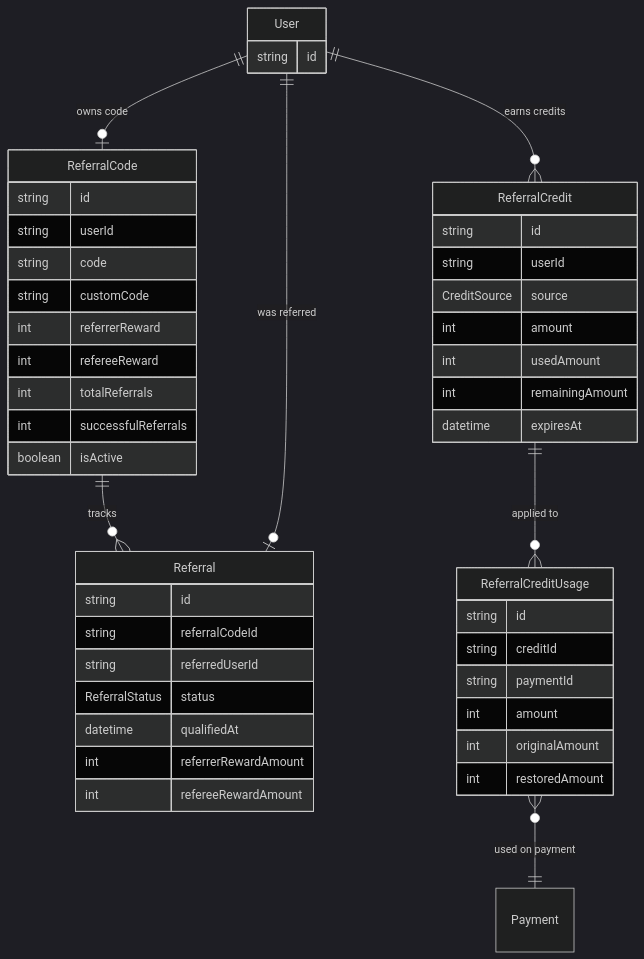
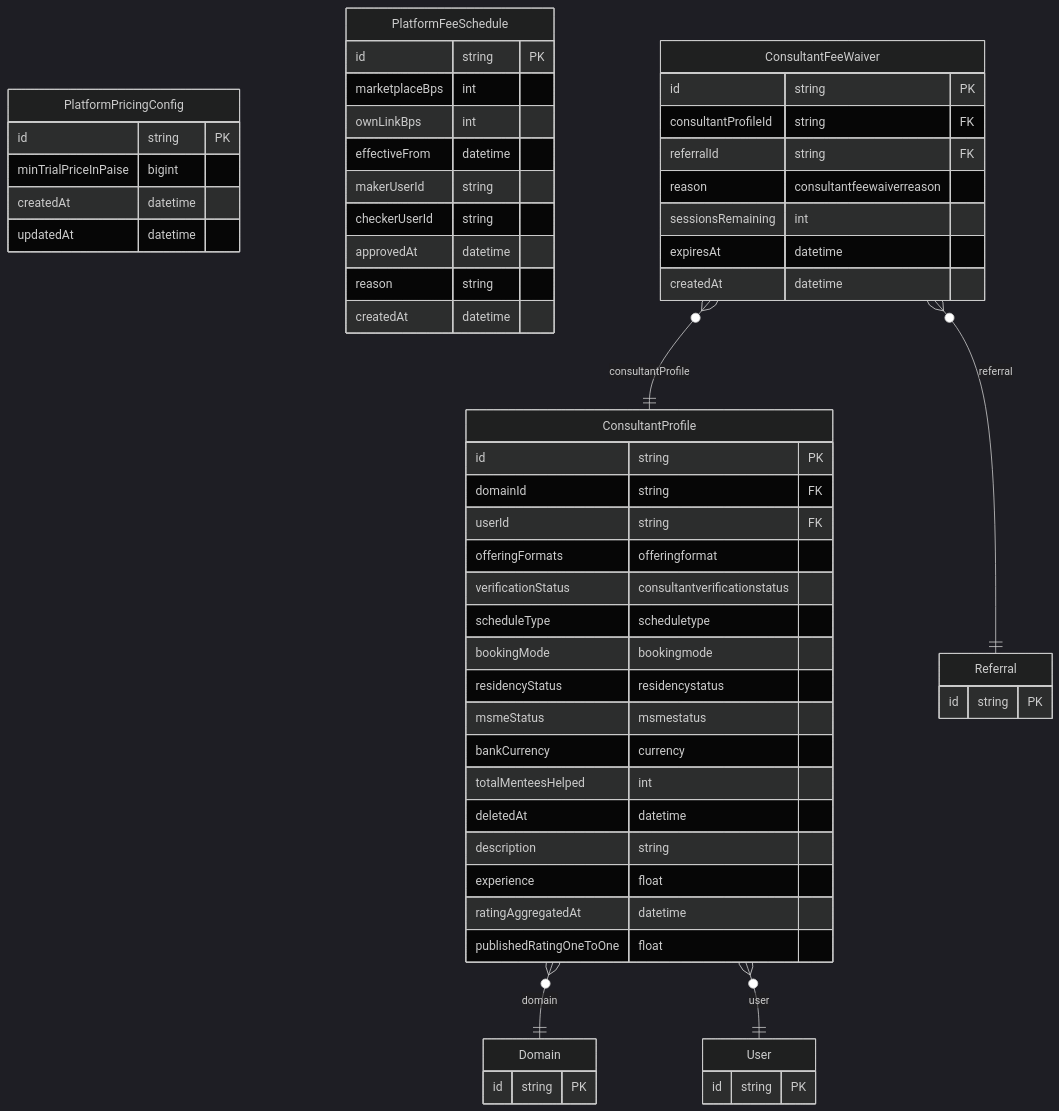
One commit to Practitionist/familiarise_web changed diagram 16 of 32 in docs/prisma/00-schema-map.md. Above: the diagram before and after it, drawn with Mermaid (dark theme). The commit also changed other lines of this file and 6 other files, not shown here.

````diff
--- a/docs/prisma/00-schema-map.md
+++ b/docs/prisma/00-schema-map.md
@@ -1063,50 +2537,60 @@
 ```mermaid
 erDiagram
-    User {
-        string id
+    PlatformPricingConfig {
+        id string PK
+        minTrialPriceInPaise bigint
+        createdAt datetime
+        updatedAt datetime
     }
-    ReferralCode {
-        string id
-        string userId
-        string code
-        string customCode
-        int referrerReward
-        int refereeReward
-        int totalReferrals
-        int successfulReferrals
-        boolean isActive
+    PlatformFeeSchedule {
+        id string PK
+        marketplaceBps int
+        ownLinkBps int
+        effectiveFrom datetime
+        makerUserId string
+        checkerUserId string
+        approvedAt datetime
+        reason string
+        createdAt datetime
+    }
+    ConsultantFeeWaiver {
+        id string PK
+        consultantProfileId string FK
+        referralId string FK
+        reason consultantfeewaiverreason
+        sessionsRemaining int
+        expiresAt datetime
+        createdAt datetime
+    }
+    ConsultantProfile {
+        id string PK
+        domainId string FK
+        userId string FK
+        offeringFormats offeringformat
+        verificationStatus consultantverificationstatus
+        scheduleType scheduletype
+        bookingMode bookingmode
+        residencyStatus residencystatus
+        msmeStatus msmestatus
+        bankCurrency currency
+        totalMenteesHelped int
+        deletedAt datetime
+        description string
+        experience float
+        ratingAggregatedAt datetime
+        publishedRatingOneToOne float
     }
     Referral {
-        string id
-        string referralCodeId
-        string referredUserId
-        ReferralStatus status
-        datetime qualifiedAt
-        int referrerRewardAmount
-        int refereeRewardAmount
+        id string PK
     }
-    ReferralCredit {
-        string id
-        string userId
-        CreditSource source
-        int amount
-        int usedAmount
-        int remainingAmount
-        datetime expiresAt
+    Domain {
+        id string PK
     }
-    ReferralCreditUsage {
-        string id
-        string creditId
-        string paymentId
-        int amount
-        int originalAmount
-        int restoredAmount
+    User {
+        id string PK
     }
-
-    User ||--o| ReferralCode : "owns code"
-    ReferralCode ||--o{ Referral : "tracks"
-    User ||--o| Referral : "was referred"
-    User ||--o{ ReferralCredit : "earns credits"
-    ReferralCredit ||--o{ ReferralCreditUsage : "applied to"
-    ReferralCreditUsage }o--|| Payment : "used on payment"
+    ConsultantFeeWaiver }o--|| ConsultantProfile : "consultantProfile"
+    ConsultantFeeWaiver }o--|| Referral : "referral"
+    ConsultantProfile }o--|| Domain : "domain"
+    ConsultantProfile }o--|| User : "user"
 ```
````
